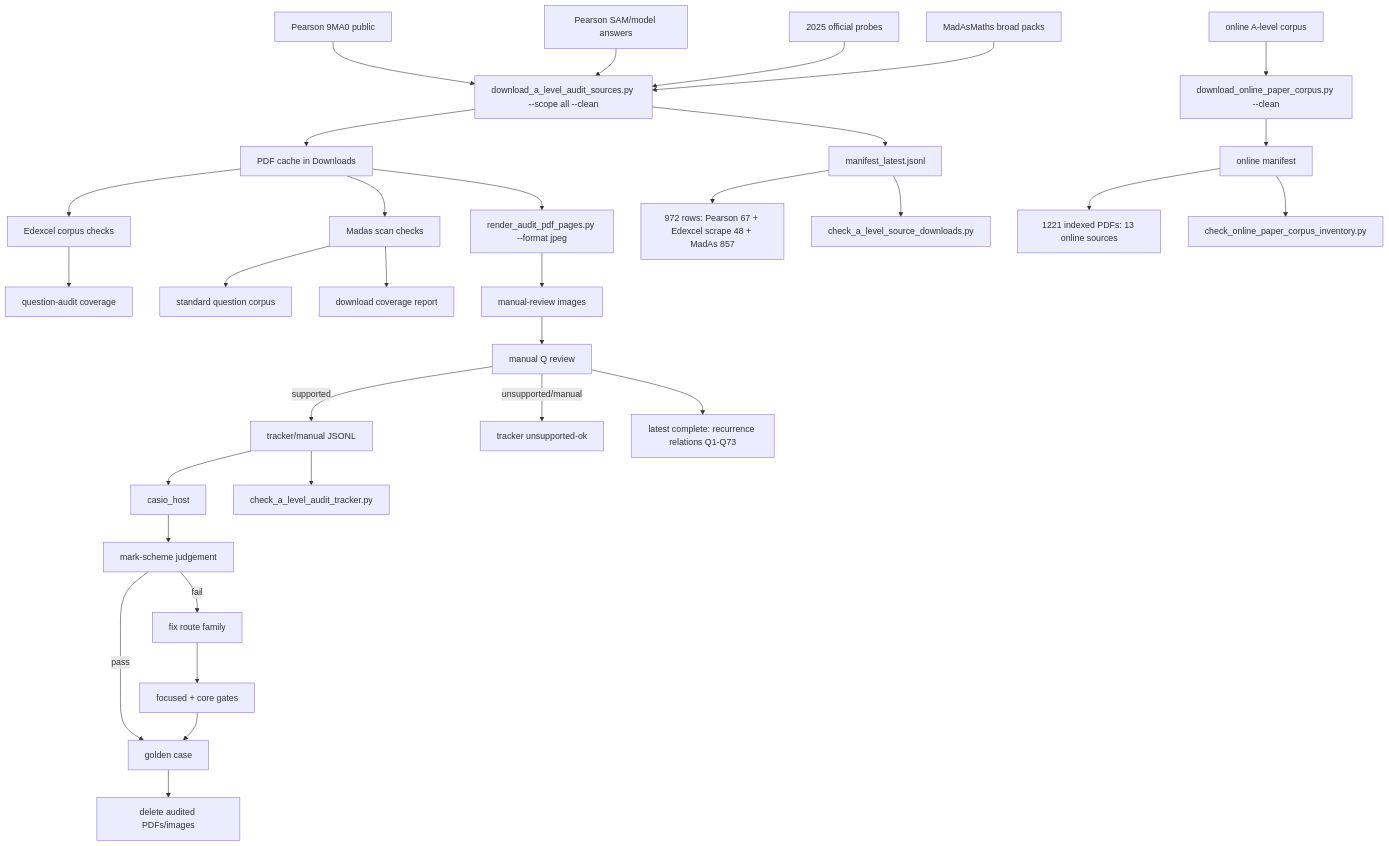
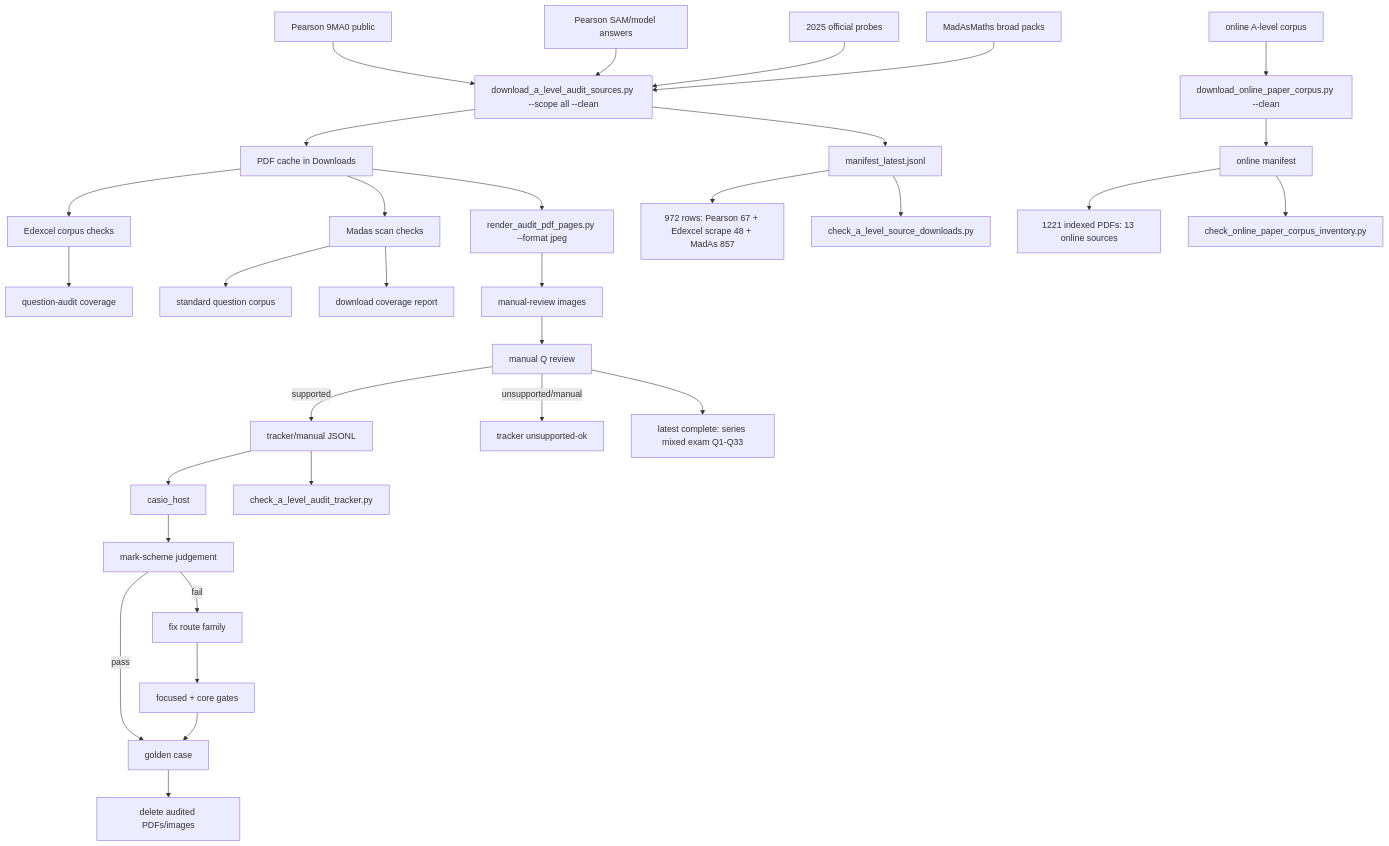
The diagram in c++/tools/golden/a_level_audit_graph.md (james8464/notes-addin-casio-fx-cg50), drawn with Mermaid before and after one commit. The commit also changed other lines of this file and 3 other files, not shown here.

Commit message:
Audit series mixed exam and stabilize log routes

````diff
--- a/c++/tools/golden/a_level_audit_graph.md
+++ b/c++/tools/golden/a_level_audit_graph.md
@@ -3,34 +3,34 @@
 ```mermaid
 graph TD
   E1["Pearson 9MA0 public"] --> D["download_a_level_audit_sources.py --scope all --clean"]
   E2["Pearson SAM/model answers"] --> D
   E3["2025 official probes"] --> D
   M1["MadAsMaths broad packs"] --> D
   O1["online A-level corpus"] --> OD["download_online_paper_corpus.py --clean"]
   D --> P["PDF cache in Downloads"]
   D --> X["manifest_latest.jsonl"]
   OD --> OX["online manifest"]
   X --> XC["972 rows: Pearson 67 + Edexcel scrape 48 + MadAs 857"]
   OX --> OC["1221 indexed PDFs: 13 online sources"]
   X --> V["check_a_level_source_downloads.py"]
   OX --> OV["check_online_paper_corpus_inventory.py"]
   P --> E["Edexcel corpus checks"]
   E --> EQ["question-audit coverage"]
   P --> S["Madas scan checks"]
   S --> M["standard question corpus"]
   S --> MC["download coverage report"]
   P --> R["render_audit_pdf_pages.py --format jpeg"]
   R --> I["manual-review images"]
   I --> Q["manual Q review"]
   Q -->|supported| J["tracker/manual JSONL"]
   Q -->|unsupported/manual| U["tracker unsupported-ok"]
   J --> H["casio_host"]
   J --> K["check_a_level_audit_tracker.py"]
   H --> C["mark-scheme judgement"]
   C -->|pass| G["golden case"]
   C -->|fail| F["fix route family"]
   F --> T["focused + core gates"]
   T --> G
   G --> Z["delete audited PDFs/images"]
-  Q --> QRec["latest complete: recurrence relations Q1-Q73"]
+  Q --> QSeries["latest complete: series mixed exam Q1-Q33"]
 ```
````
